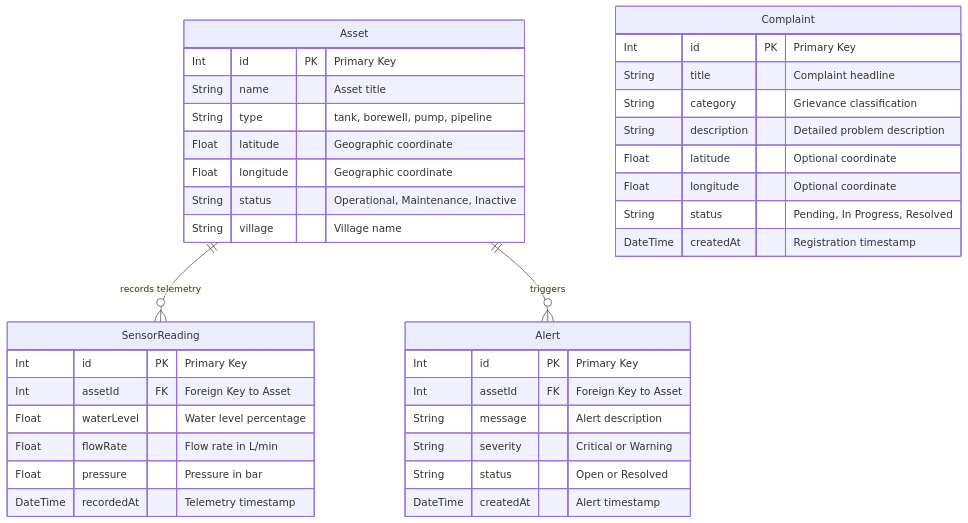
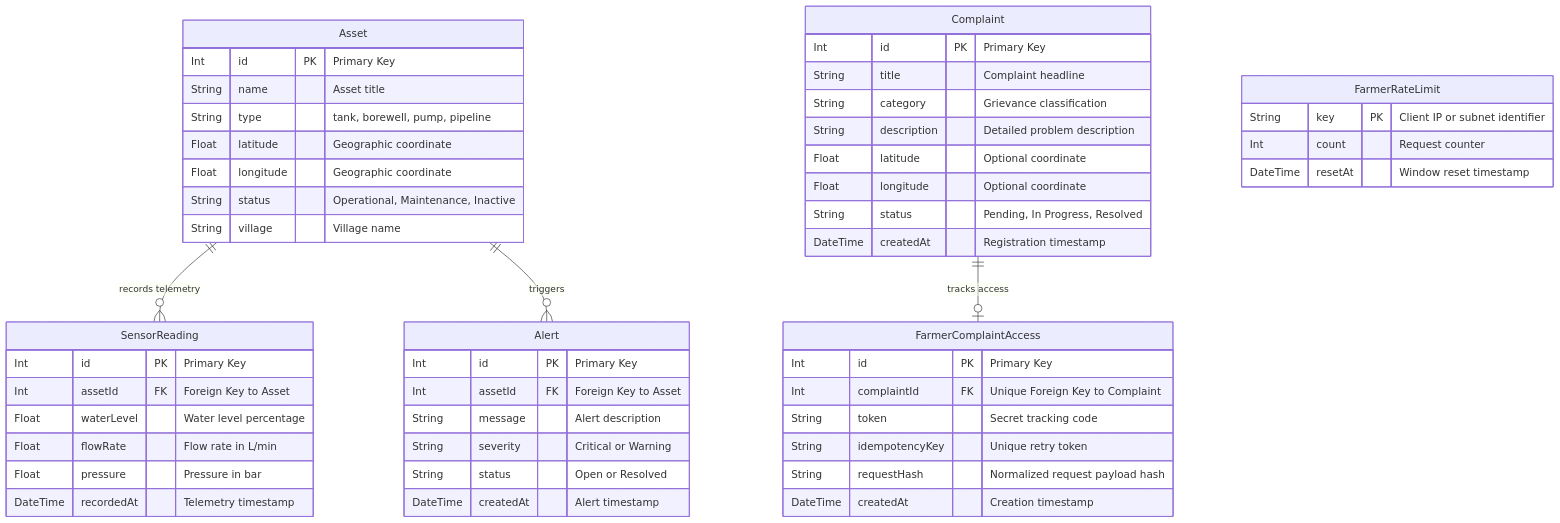
One commit to Prabhav1437/JalNavigator changed the diagram in docs/DATABASE.md. Above: the diagram before and after it, drawn with Mermaid. The commit also changed other lines of this file and 37 other files, not shown here.

````diff
--- a/docs/DATABASE.md
+++ b/docs/DATABASE.md
@@ -11,44 +11,60 @@
 ```mermaid
 erDiagram
     Asset ||--o{ SensorReading : "records telemetry"
     Asset ||--o{ Alert : "triggers"
+    Complaint ||--o| FarmerComplaintAccess : "tracks access"
 
     Asset {
         Int id PK "Primary Key"
         String name "Asset title"
         String type "tank, borewell, pump, pipeline"
         Float latitude "Geographic coordinate"
         Float longitude "Geographic coordinate"
         String status "Operational, Maintenance, Inactive"
         String village "Village name"
     }
 
     Complaint {
         Int id PK "Primary Key"
         String title "Complaint headline"
         String category "Grievance classification"
         String description "Detailed problem description"
         Float latitude "Optional coordinate"
         Float longitude "Optional coordinate"
         String status "Pending, In Progress, Resolved"
         DateTime createdAt "Registration timestamp"
     }
 
     SensorReading {
         Int id PK "Primary Key"
         Int assetId FK "Foreign Key to Asset"
         Float waterLevel "Water level percentage"
         Float flowRate "Flow rate in L/min"
         Float pressure "Pressure in bar"
         DateTime recordedAt "Telemetry timestamp"
     }
 
     Alert {
         Int id PK "Primary Key"
         Int assetId FK "Foreign Key to Asset"
         String message "Alert description"
         String severity "Critical or Warning"
         String status "Open or Resolved"
         DateTime createdAt "Alert timestamp"
     }
+
+    FarmerComplaintAccess {
+        Int id PK "Primary Key"
+        Int complaintId FK "Unique Foreign Key to Complaint"
+        String token "Secret tracking code"
+        String idempotencyKey "Unique retry token"
+        String requestHash "Normalized request payload hash"
+        DateTime createdAt "Creation timestamp"
+    }
+
+    FarmerRateLimit {
+        String key PK "Client IP or subnet identifier"
+        Int count "Request counter"
+        DateTime resetAt "Window reset timestamp"
+    }
 ```
````
